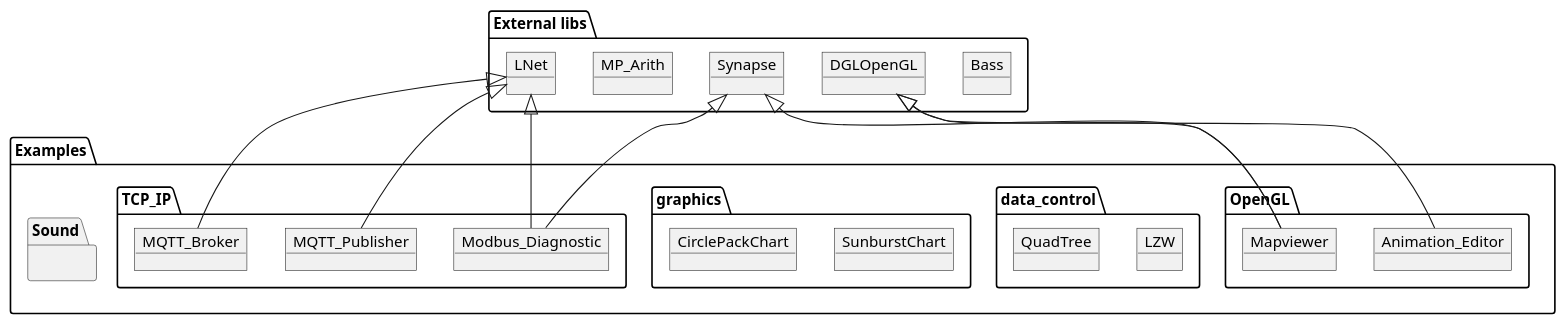
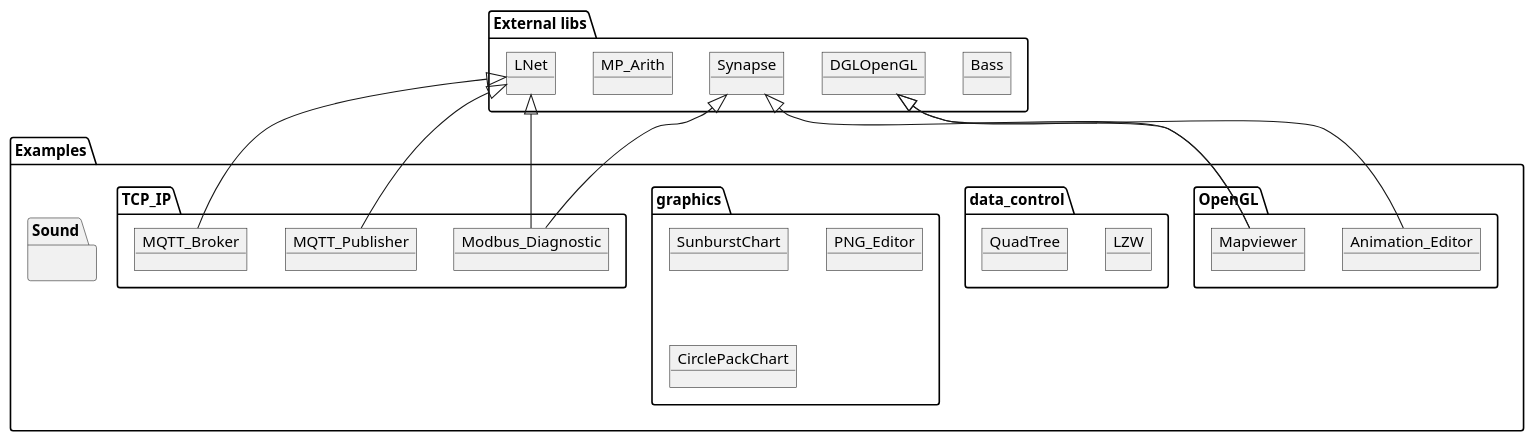
Before and after one commit to PascalCorpsman/Examples: the diagram in overview.plantuml, drawn with PlantUML. The commit also changed 2 other files, not shown here.

```diff
--- a/overview.plantuml
+++ b/overview.plantuml
@@ -2,41 +2,42 @@
 @startuml
 
 package "Examples" {
   package "OpenGL" {
    object Mapviewer
    object Animation_Editor
   }
   package "data_control" {
     object LZW
     object QuadTree
   }
   package "graphics" {
    object SunburstChart
+   object PNG_Editor
    object CirclePackChart
   }
   package "TCP_IP" {
    object MQTT_Broker
    object MQTT_Publisher
    object Modbus_Diagnostic
   }
   package "Sound" {
    
   }
 }
 
 package "External libs" {
 object Bass
 object DGLOpenGL
 object LNet 
 object MP_Arith
 object Synapse
 Synapse <|-- Mapviewer 
 DGLOpenGL <|-- Mapviewer 
 DGLOpenGL <|-- Animation_Editor 
 Synapse <|-- Modbus_Diagnostic
 LNet <|-- Modbus_Diagnostic
 LNet <|-- MQTT_Publisher
 LNet <|-- MQTT_Broker
 }
 
 @enduml
```
